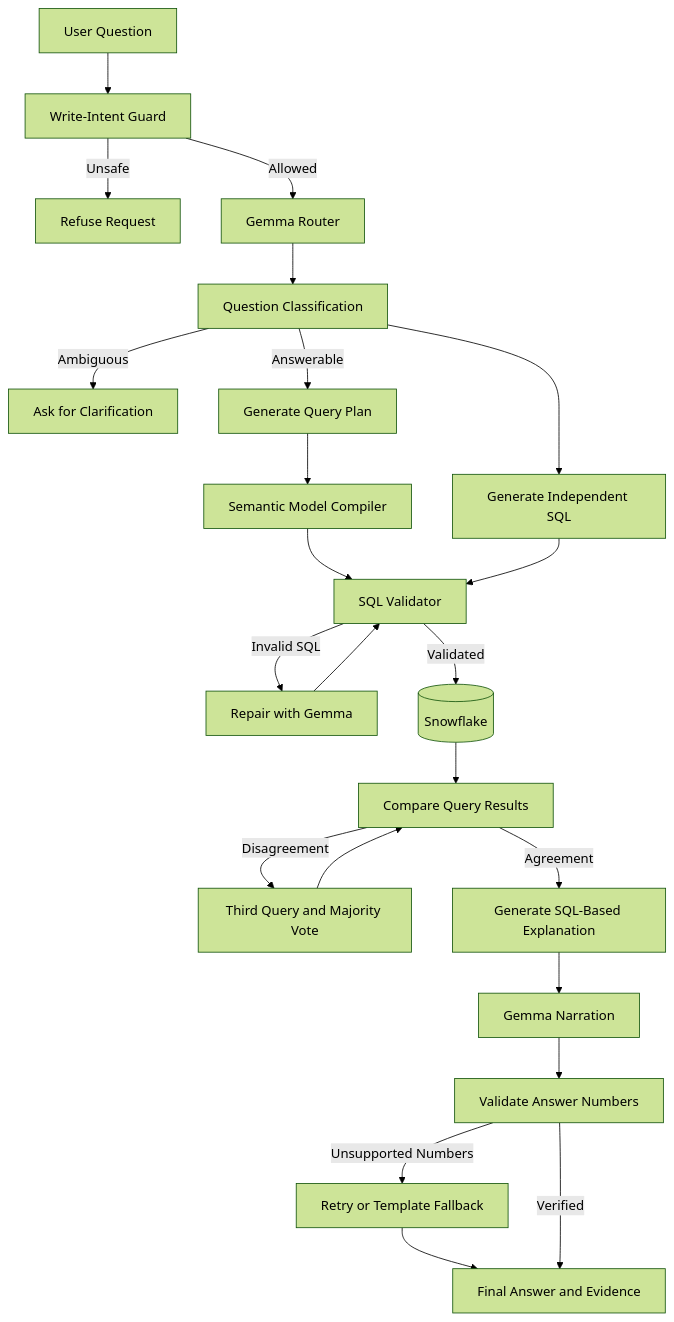
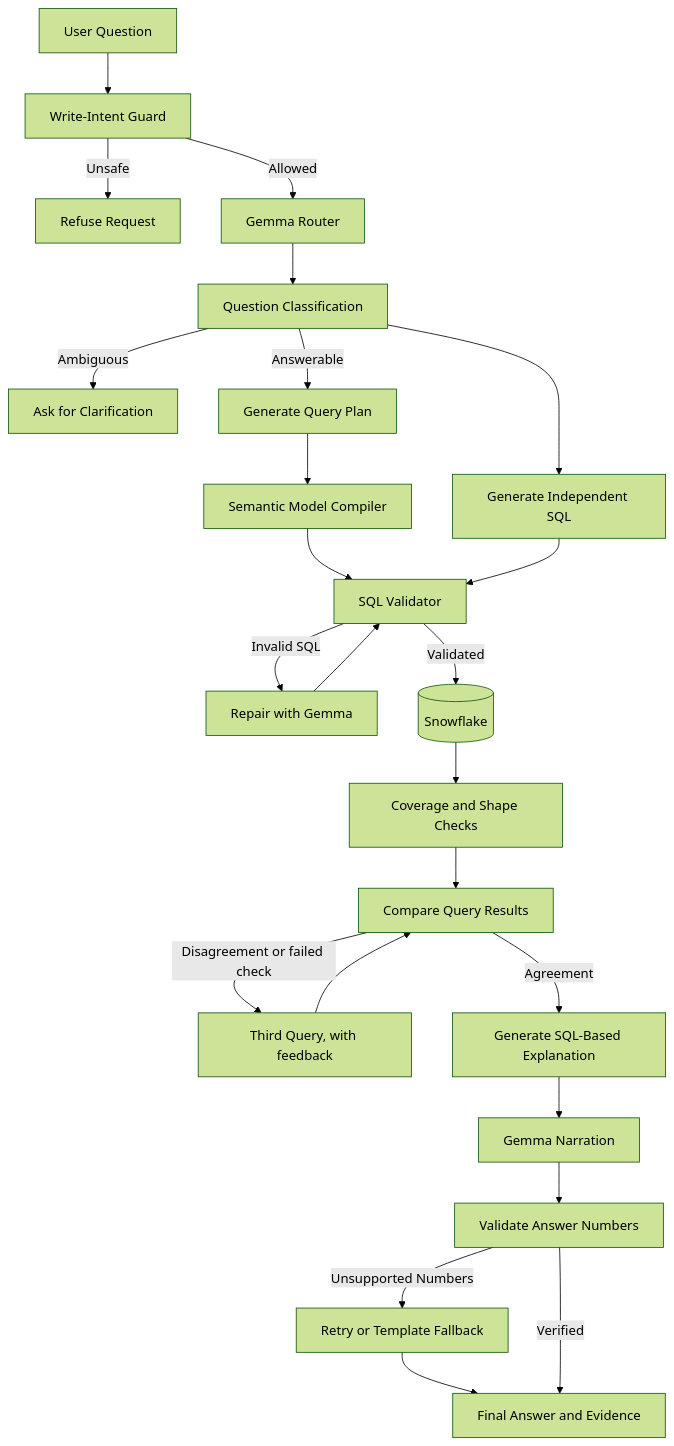
The diagram in README.md (Ayush-0108/Dextro), drawn with Mermaid (forest theme) before and after one commit. The commit also changed other lines of this file, not shown here.

````diff
--- a/README.md
+++ b/README.md
@@ -50,25 +94,26 @@
 ```mermaid
 flowchart TD
     A[User Question] --> B[Write-Intent Guard]
     B -->|Unsafe| C[Refuse Request]
     B -->|Allowed| D[Gemma Router]
     D --> E[Question Classification]
     E -->|Ambiguous| F[Ask for Clarification]
     E -->|Answerable| G[Generate Query Plan]
     E --> H[Generate Independent SQL]
     G --> I[Semantic Model Compiler]
     I --> J[SQL Validator]
     H --> J
     J -->|Invalid SQL| K[Repair with Gemma]
     K --> J
     J -->|Validated| L[(Snowflake)]
-    L --> M[Compare Query Results]
-    M -->|Disagreement| N[Third Query and Majority Vote]
+    L --> V[Coverage and Shape Checks]
+    V --> M[Compare Query Results]
+    M -->|Disagreement or failed check| N[Third Query, with feedback]
     N --> M
     M -->|Agreement| O[Generate SQL-Based Explanation]
     O --> P[Gemma Narration]
     P --> Q[Validate Answer Numbers]
     Q -->|Unsupported Numbers| R[Retry or Template Fallback]
     R --> S[Final Answer and Evidence]
     Q -->|Verified| S
 ```
````
